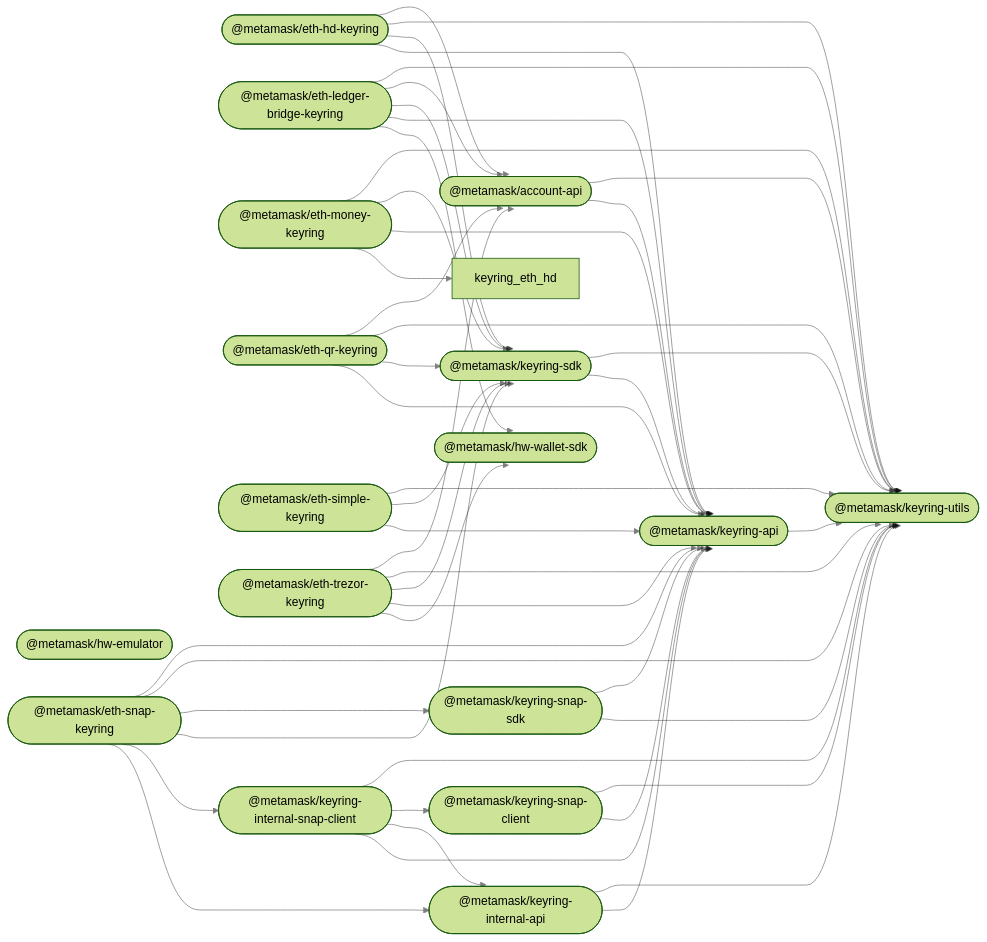
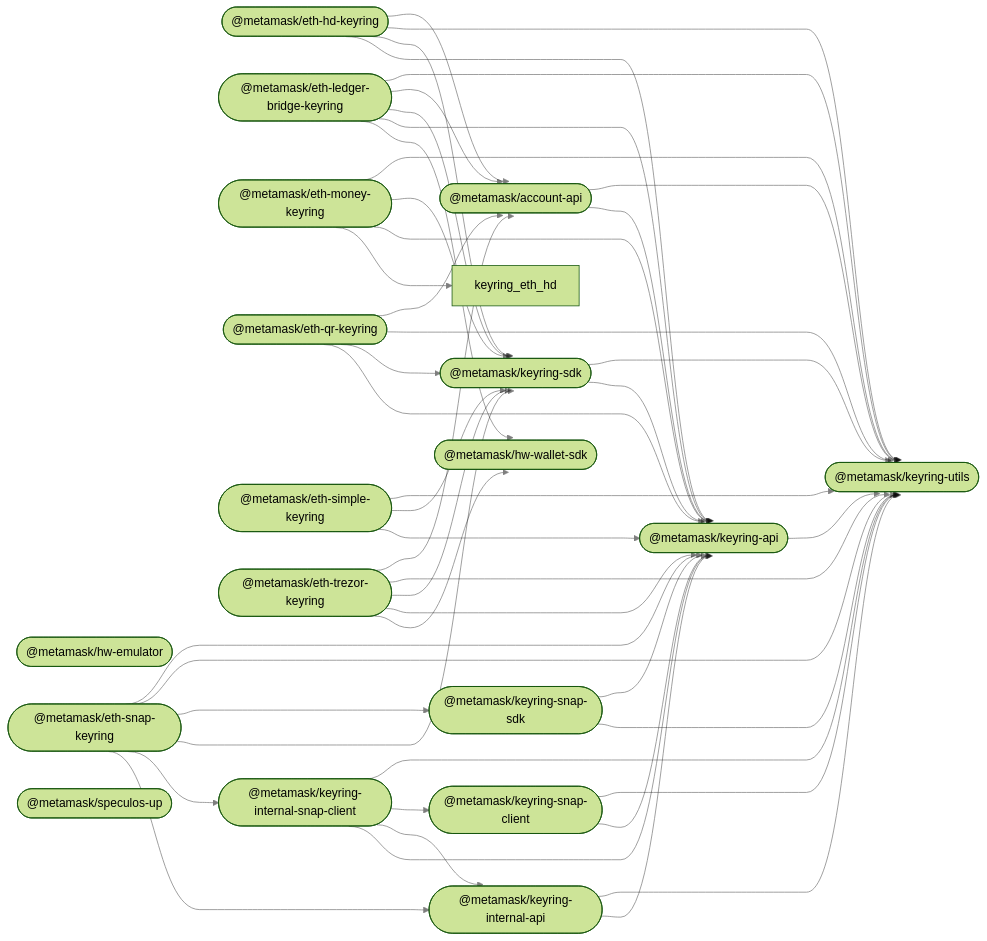
One commit to MetaMask/accounts changed the diagram in README.md. Above: the diagram before and after it, drawn with Mermaid (forest theme). The commit also changed other lines of this file and 11 other files, not shown here.

````diff
--- a/README.md
+++ b/README.md
@@ -45,68 +46,69 @@
 ```mermaid
 %%{ init: { 'flowchart': { 'curve': 'bumpX' } } }%%
 graph LR;
 linkStyle default opacity:0.5
   account_api(["@metamask/account-api"]);
   hw_emulator(["@metamask/hw-emulator"]);
   hw_wallet_sdk(["@metamask/hw-wallet-sdk"]);
   keyring_api(["@metamask/keyring-api"]);
   eth_hd_keyring(["@metamask/eth-hd-keyring"]);
   eth_ledger_bridge_keyring(["@metamask/eth-ledger-bridge-keyring"]);
   eth_money_keyring(["@metamask/eth-money-keyring"]);
   eth_qr_keyring(["@metamask/eth-qr-keyring"]);
   eth_simple_keyring(["@metamask/eth-simple-keyring"]);
   eth_trezor_keyring(["@metamask/eth-trezor-keyring"]);
   keyring_internal_api(["@metamask/keyring-internal-api"]);
   keyring_internal_snap_client(["@metamask/keyring-internal-snap-client"]);
   keyring_sdk(["@metamask/keyring-sdk"]);
   eth_snap_keyring(["@metamask/eth-snap-keyring"]);
   keyring_snap_client(["@metamask/keyring-snap-client"]);
   keyring_snap_sdk(["@metamask/keyring-snap-sdk"]);
   keyring_utils(["@metamask/keyring-utils"]);
+  speculos_up(["@metamask/speculos-up"]);
   account_api --> keyring_api;
   account_api --> keyring_utils;
   keyring_api --> keyring_utils;
   eth_hd_keyring --> keyring_api;
   eth_hd_keyring --> keyring_sdk;
   eth_hd_keyring --> keyring_utils;
   eth_hd_keyring --> account_api;
   eth_ledger_bridge_keyring --> hw_wallet_sdk;
   eth_ledger_bridge_keyring --> keyring_api;
   eth_ledger_bridge_keyring --> keyring_sdk;
   eth_ledger_bridge_keyring --> account_api;
   eth_ledger_bridge_keyring --> keyring_utils;
   eth_money_keyring --> keyring_eth_hd;
   eth_money_keyring --> keyring_api;
   eth_money_keyring --> keyring_sdk;
   eth_money_keyring --> keyring_utils;
   eth_qr_keyring --> keyring_api;
   eth_qr_keyring --> keyring_sdk;
   eth_qr_keyring --> keyring_utils;
   eth_qr_keyring --> account_api;
   eth_simple_keyring --> keyring_api;
   eth_simple_keyring --> keyring_sdk;
   eth_simple_keyring --> keyring_utils;
   eth_trezor_keyring --> hw_wallet_sdk;
   eth_trezor_keyring --> keyring_api;
   eth_trezor_keyring --> keyring_sdk;
   eth_trezor_keyring --> keyring_utils;
   eth_trezor_keyring --> account_api;
   keyring_internal_api --> keyring_api;
   keyring_internal_api --> keyring_utils;
   keyring_internal_snap_client --> keyring_api;
   keyring_internal_snap_client --> keyring_internal_api;
   keyring_internal_snap_client --> keyring_snap_client;
   keyring_internal_snap_client --> keyring_utils;
   keyring_sdk --> keyring_api;
   keyring_sdk --> keyring_utils;
   eth_snap_keyring --> keyring_internal_api;
   eth_snap_keyring --> keyring_internal_snap_client;
   eth_snap_keyring --> keyring_sdk;
   eth_snap_keyring --> keyring_snap_sdk;
   eth_snap_keyring --> keyring_utils;
   eth_snap_keyring --> keyring_api;
   keyring_snap_client --> keyring_api;
   keyring_snap_client --> keyring_utils;
   keyring_snap_sdk --> keyring_utils;
   keyring_snap_sdk --> keyring_api;
 ```
````
